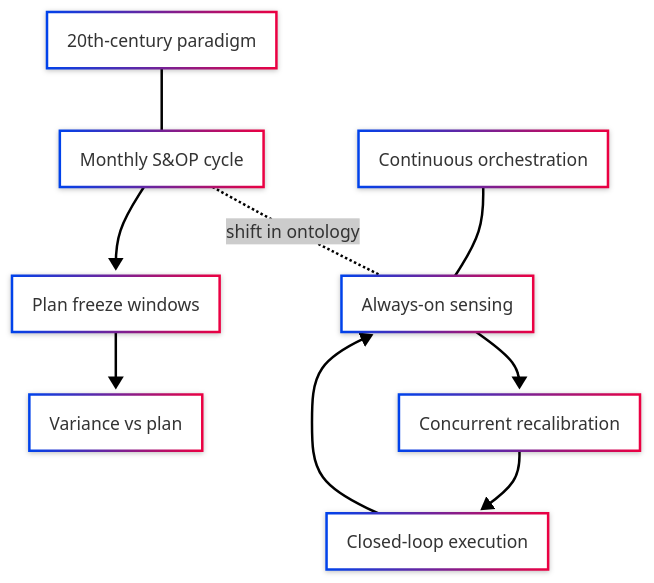
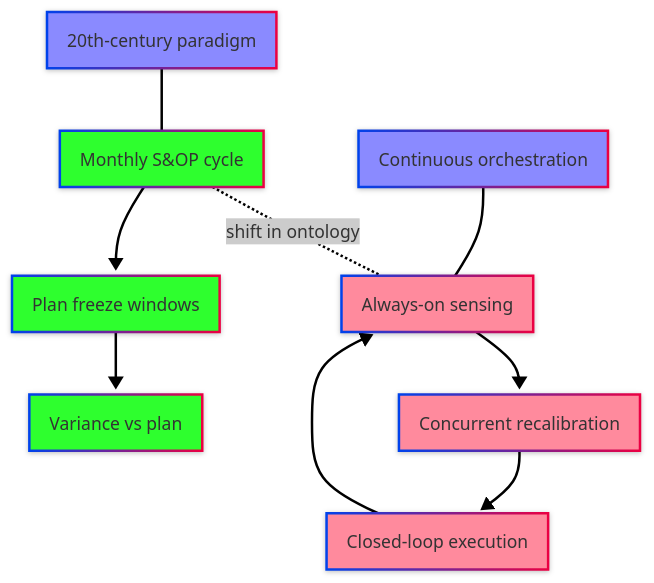
The first of 8 diagrams in posts/from-planning-to-orchestration-reimagining-enterprise-beyond-S&OP/index.qmd (antomon/antomon.github.io), drawn with Mermaid before and after one commit. The commit also changed 4 other files, not shown here.

````diff
--- a/posts/from-planning-to-orchestration-reimagining-enterprise-beyond-S&OP/index.qmd
+++ b/posts/from-planning-to-orchestration-reimagining-enterprise-beyond-S&OP/index.qmd
@@ -50,29 +50,34 @@
 ```{mermaid}
 %%| label: s&op-to-orchestration
 %%| fig-cap: From periodic S&OP to continuous orchestration
 %%| fig-alt: Comparison of calendar-bound planning vs continuous, signal-driven orchestration
 %%| fig-align: "center"
 %%{init: {"theme": "neo", "look": "neo"}}%%
 
 flowchart TD
+  %% Classes
+  classDef header fill:#8A8AFF;
+  classDef classic fill:#2EFF2E;
+  classDef modern fill:#FF8A9D;
+
   %% Headers
   H1["20th-century paradigm"]:::header
   H2["Continuous orchestration"]:::header
 
   %% Left column (classic)
   A1["Monthly S&OP cycle"]:::classic
   A2["Plan freeze windows"]:::classic
   A3["Variance vs plan"]:::classic
 
   %% Right column (modern)
   B1["Always-on sensing"]:::modern
   B2["Concurrent recalibration"]:::modern
   B3["Closed-loop execution"]:::modern
 
   %% Keep columns aligned using invisible links
   H1 --- A1 --> A2 --> A3
   H2 --- B1 --> B2 --> B3 --> B1
 
   %% Bridge (dotted, labelled)
   A1 -. "shift in ontology" .- B1
 ```
````
